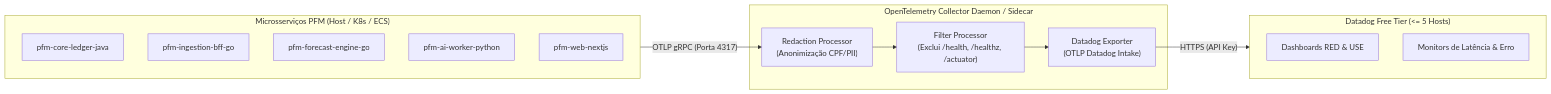
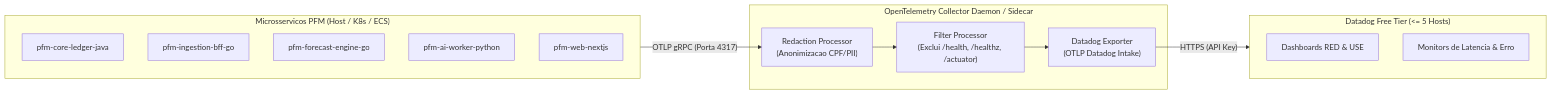
Before and after one commit to Sorobanerp/pfm-docs: the second of 2 diagrams in docs/operations/bootstrap-cloud-github.md, drawn with Mermaid. The commit also changed other lines of this file and 28 other files, not shown here.

````diff
--- a/docs/operations/bootstrap-cloud-github.md
+++ b/docs/operations/bootstrap-cloud-github.md
@@ -80,26 +80,26 @@
 ```mermaid
 flowchart LR
-    subgraph Microservices["Microsserviços PFM (Host / K8s / ECS)"]
+    subgraph Microservices["Microsservicos PFM (Host / K8s / ECS)"]
         LEDGER["pfm-core-ledger-java"]
         BFF["pfm-ingestion-bff-go"]
         FORECAST["pfm-forecast-engine-go"]
         AI["pfm-ai-worker-python"]
         WEB["pfm-web-nextjs"]
     end
 
     subgraph OTelCollector["OpenTelemetry Collector Daemon / Sidecar"]
-        REDACT["Redaction Processor<br/>(Anonimização CPF/PII)"]
+        REDACT["Redaction Processor<br/>(Anonimizacao CPF/PII)"]
         FILTER["Filter Processor<br/>(Exclui /health, /healthz, /actuator)"]
         EXPORT["Datadog Exporter<br/>(OTLP Datadog Intake)"]
     end
 
     subgraph Datadog["Datadog Free Tier (<= 5 Hosts)"]
         DASH["Dashboards RED & USE"]
-        SLO["Monitors de Latência & Erro"]
+        SLO["Monitors de Latencia & Erro"]
     end
 
     Microservices -->|"OTLP gRPC (Porta 4317)"| REDACT
     REDACT --> FILTER
     FILTER --> EXPORT
     EXPORT -->|"HTTPS (API Key)"| Datadog
 ```
````
